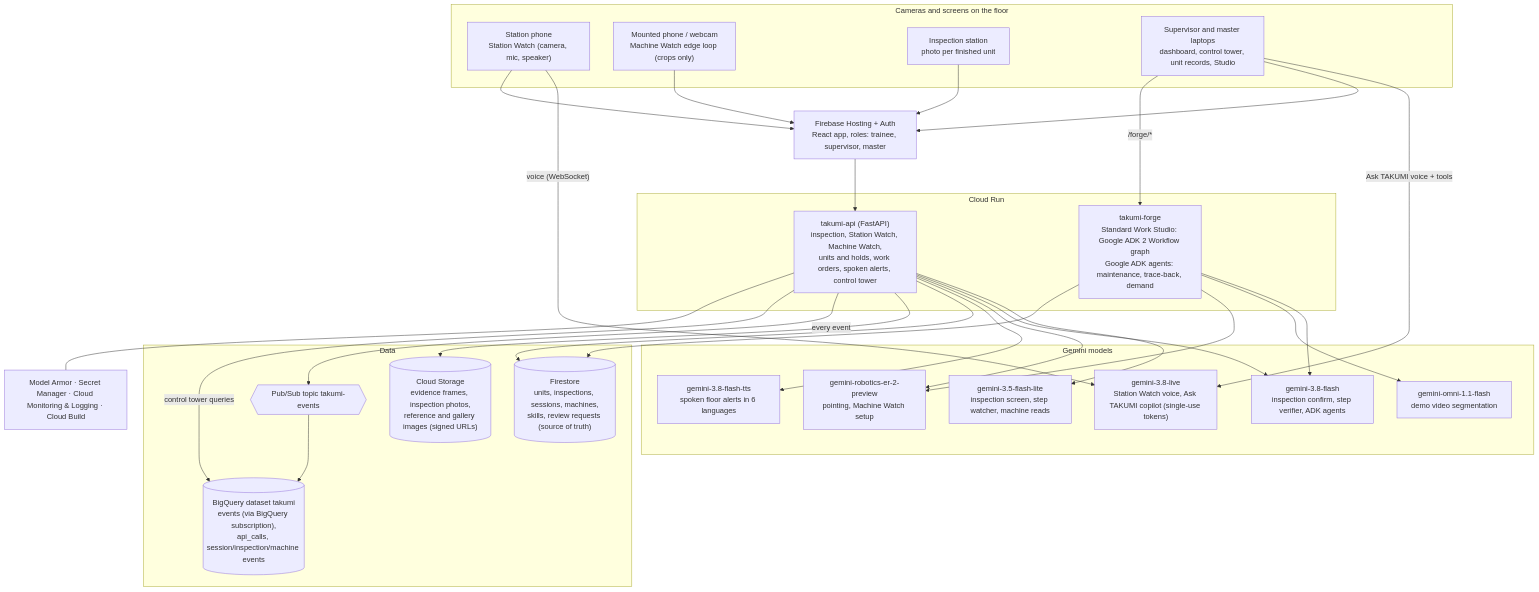
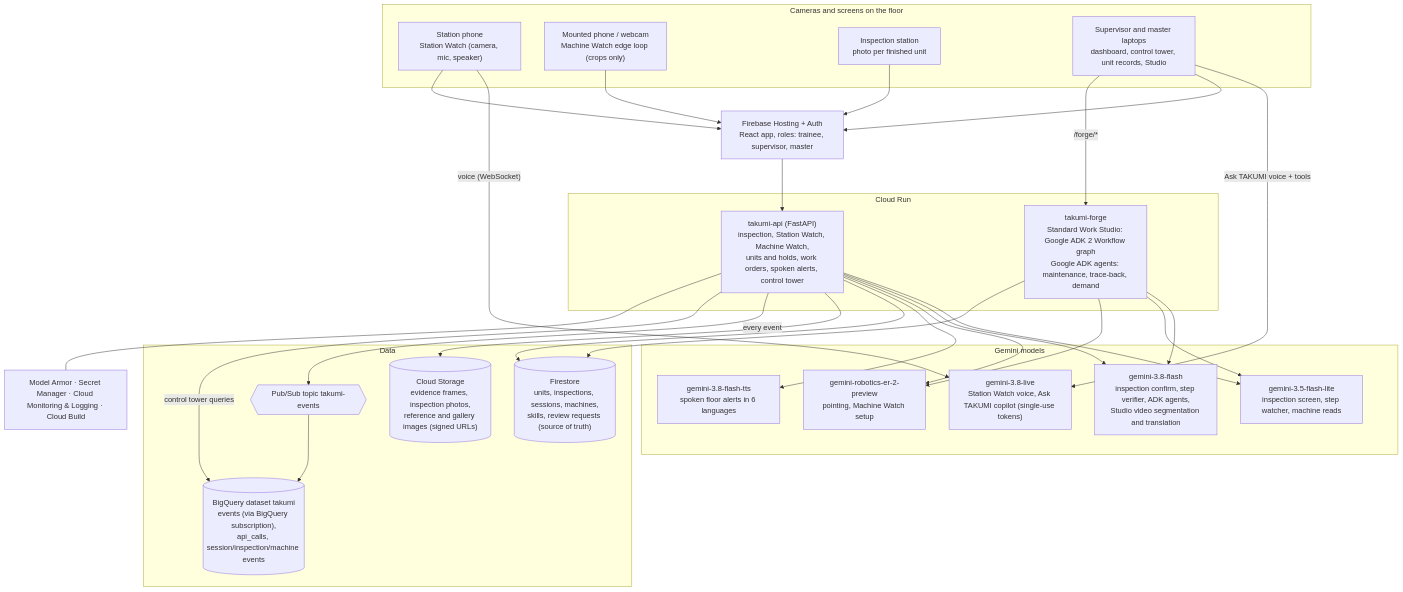
One commit to DivineTechie/takumi changed the diagram in docs/architecture.md. Above: the diagram before and after it, drawn with Mermaid. The commit also changed other lines of this file and 4 other files, not shown here.

Commit message:
docs(forge): describe the real Studio pipeline, its models and what it stores

````diff
--- a/docs/architecture.md
+++ b/docs/architecture.md
@@ -7,46 +7,45 @@
 ```mermaid
 flowchart TD
   subgraph Edge["Cameras and screens on the floor"]
     Station["Station phone<br/>Station Watch (camera, mic, speaker)"]
     MachineCam["Mounted phone / webcam<br/>Machine Watch edge loop (crops only)"]
     Inspect["Inspection station<br/>photo per finished unit"]
     Office["Supervisor and master laptops<br/>dashboard, control tower, unit records, Studio"]
   end
 
   Hosting["Firebase Hosting + Auth<br/>React app, roles: trainee, supervisor, master"]
 
   subgraph Run["Cloud Run"]
     API["takumi-api (FastAPI)<br/>inspection, Station Watch, Machine Watch,<br/>units and holds, work orders, spoken alerts, control tower"]
     Forge["takumi-forge<br/>Standard Work Studio: Google ADK 2 Workflow graph<br/>Google ADK agents: maintenance, trace-back, demand"]
   end
 
   subgraph AI["Gemini models"]
     Live["gemini-3.8-live<br/>Station Watch voice, Ask TAKUMI copilot (single-use tokens)"]
     TTS["gemini-3.8-flash-tts<br/>spoken floor alerts in 6 languages"]
     Lite["gemini-3.5-flash-lite<br/>inspection screen, step watcher, machine reads"]
-    Flash["gemini-3.8-flash<br/>inspection confirm, step verifier, ADK agents"]
+    Flash["gemini-3.8-flash<br/>inspection confirm, step verifier, ADK agents,<br/>Studio video segmentation and translation"]
     ER["gemini-robotics-er-2-preview<br/>pointing, Machine Watch setup"]
-    Omni["gemini-omni-1.1-flash<br/>demo video segmentation"]
   end
 
   subgraph Data["Data"]
     FS[("Firestore<br/>units, inspections, sessions, machines,<br/>skills, review requests (source of truth)")]
     GCS[("Cloud Storage<br/>evidence frames, inspection photos,<br/>reference and gallery images (signed URLs)")]
     PS{{"Pub/Sub topic takumi-events"}}
     BQ[("BigQuery dataset takumi<br/>events (via BigQuery subscription),<br/>api_calls, session/inspection/machine events")]
   end
 
   Guard["Model Armor · Secret Manager · Cloud Monitoring & Logging · Cloud Build"]
 
   Station -- "voice (WebSocket)" --> Live
   Office -- "Ask TAKUMI voice + tools" --> Live
   Station & MachineCam & Inspect & Office --> Hosting --> API
   Office -- "/forge/*" --> Forge
   API --> Lite & Flash & ER & TTS
-  Forge --> Flash & Omni & ER
+  Forge --> Flash & Lite & ER
   API --> FS & GCS
   Forge --> FS
   API -- "every event" --> PS --> BQ
   API -- "control tower queries" --> BQ
   API --- Guard
 ```
````
